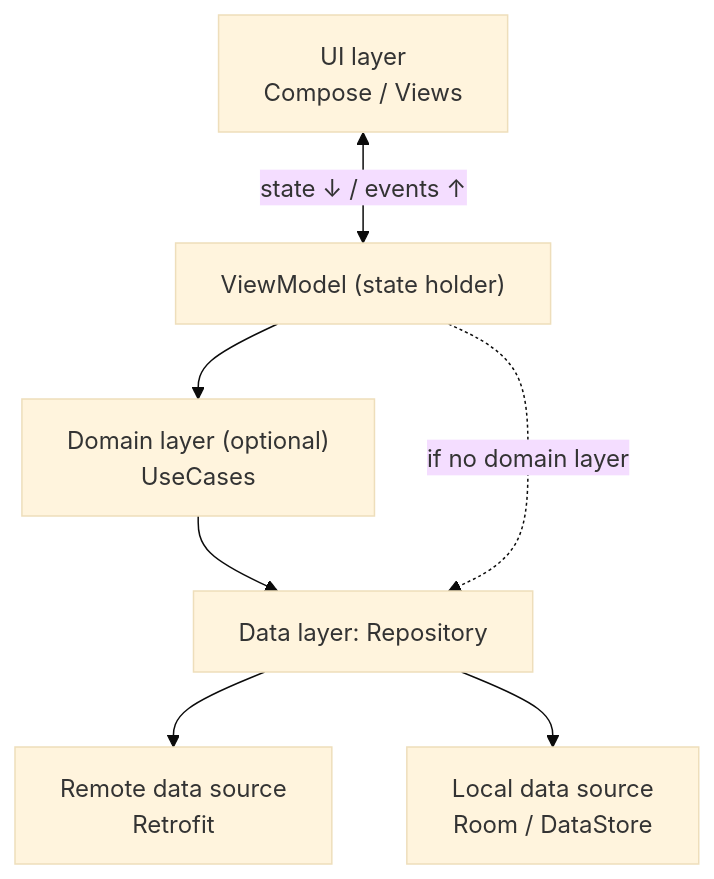
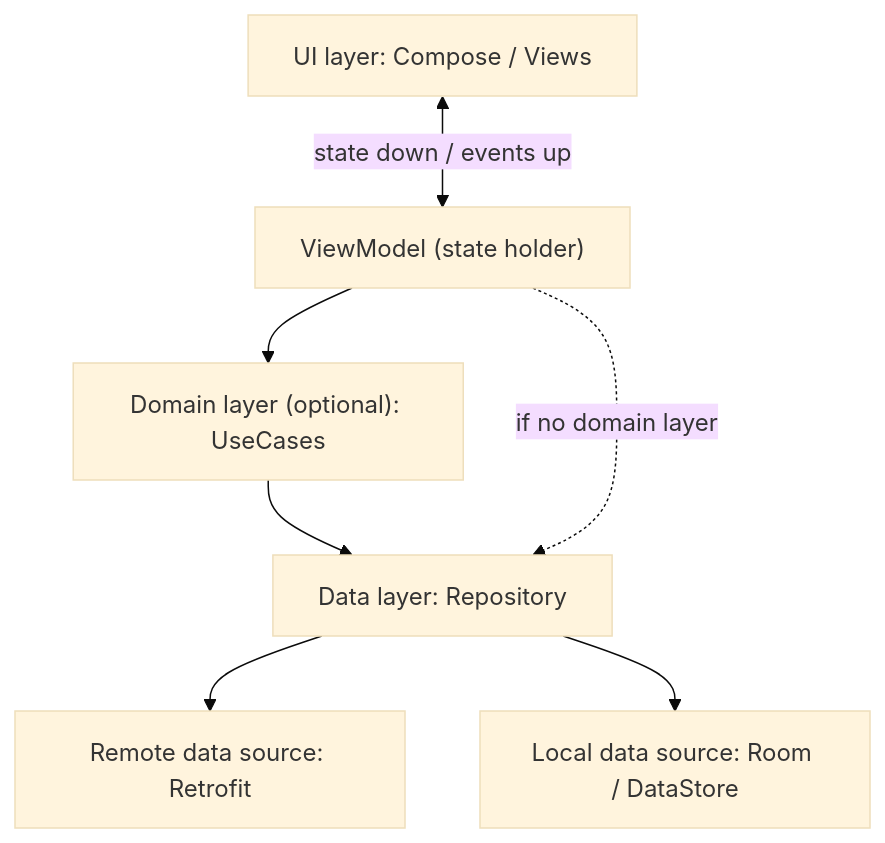
Before and after one commit to AkshayAshokCode/Android-Interview-Questions-cheat-sheet: the second of 10 diagrams in topics/12-architecture.md, drawn with Mermaid (base theme). The commit also changed other lines of this file and 21 other files, not shown here.

````diff
--- a/topics/12-architecture.md
+++ b/topics/12-architecture.md
@@ -67,9 +257,9 @@
 ```mermaid
 flowchart TD
-    UI["UI layer<br/>Compose / Views"] <-->|"state ↓ / events ↑"| VM["ViewModel (state holder)"]
-    VM --> UC["Domain layer (optional)<br/>UseCases"]
+    UI["UI layer: Compose / Views"] <-->|"state down / events up"| VM["ViewModel (state holder)"]
+    VM --> UC["Domain layer (optional): UseCases"]
     UC --> RP["Data layer: Repository"]
     VM -.->|"if no domain layer"| RP
-    RP --> RDS["Remote data source<br/>Retrofit"]
-    RP --> LDS["Local data source<br/>Room / DataStore"]
+    RP --> RDS["Remote data source: Retrofit"]
+    RP --> LDS["Local data source: Room / DataStore"]
 ```
````
